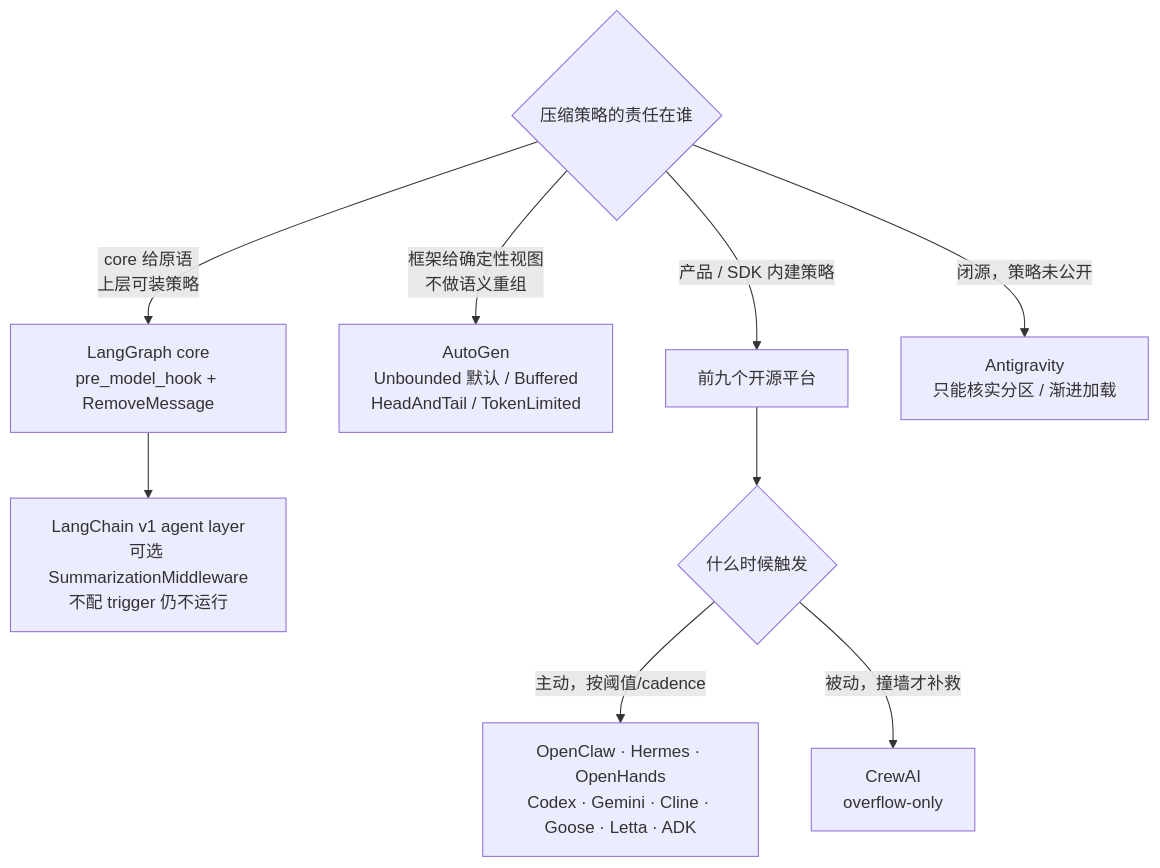
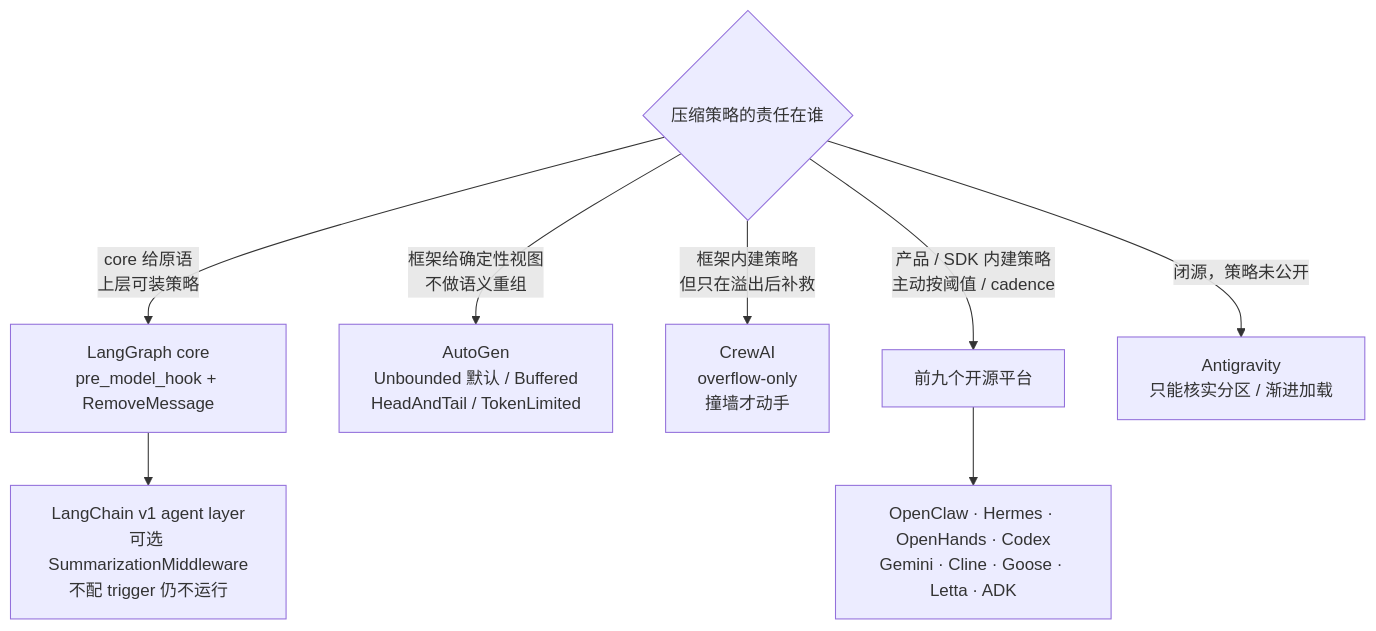
Before and after one commit to caiboyang/ML-learning: diagram 16 of 18 in agent-context-compression/Agent_Context_Compression_Research.md, drawn with Mermaid. The commit also changed other lines of this file, not shown here.

First line of the commit message:
Address Codex review, and correct the Goose repo and analysis

````diff
--- a/agent-context-compression/Agent_Context_Compression_Research.md
+++ b/agent-context-compression/Agent_Context_Compression_Research.md
@@ -2357,12 +2367,11 @@
 ```mermaid
 flowchart TD
     Q{"压缩策略的责任在谁"}
     Q -->|"core 给原语<br/>上层可装策略"| A["LangGraph core<br/>pre_model_hook + RemoveMessage"]
     A --> A1["LangChain v1 agent layer<br/>可选 SummarizationMiddleware<br/>不配 trigger 仍不运行"]
     Q -->|"框架给确定性视图<br/>不做语义重组"| B["AutoGen<br/>Unbounded 默认 / Buffered<br/>HeadAndTail / TokenLimited"]
-    Q -->|"产品 / SDK 内建策略"| C["前九个开源平台"]
+    Q -->|"框架内建策略<br/>但只在溢出后补救"| D["CrewAI<br/>overflow-only<br/>撞墙才动手"]
+    Q -->|"产品 / SDK 内建策略<br/>主动按阈值 / cadence"| C["前九个开源平台"]
     Q -->|"闭源，策略未公开"| E["Antigravity<br/>只能核实分区 / 渐进加载"]
-    C --> C1{"什么时候触发"}
-    C1 -->|"主动，按阈值/cadence"| C2["OpenClaw · Hermes · OpenHands<br/>Codex · Gemini · Cline · Goose · Letta · ADK"]
-    C1 -->|"被动，撞墙才补救"| D["CrewAI<br/>overflow-only"]
+    C --> C2["OpenClaw · Hermes · OpenHands · Codex<br/>Gemini · Cline · Goose · Letta · ADK"]
 ```
````
